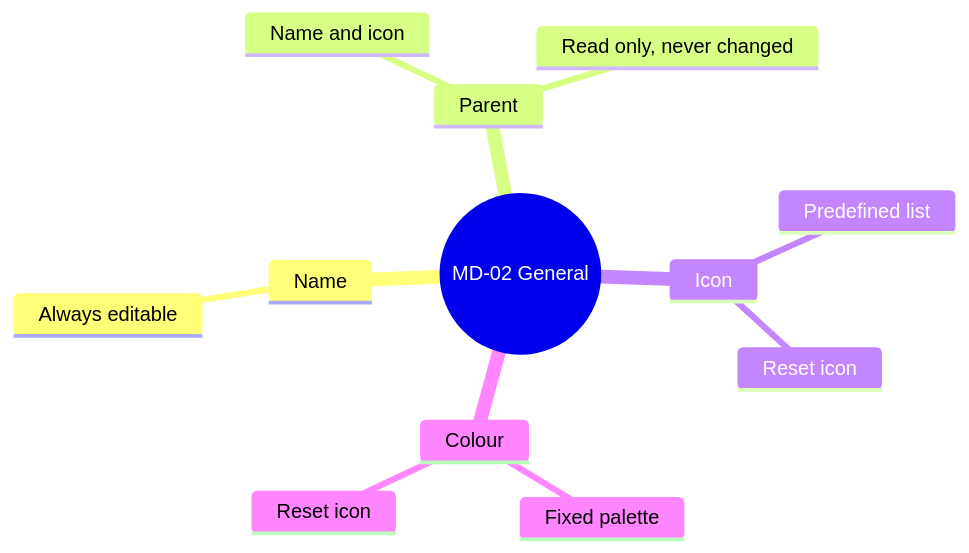
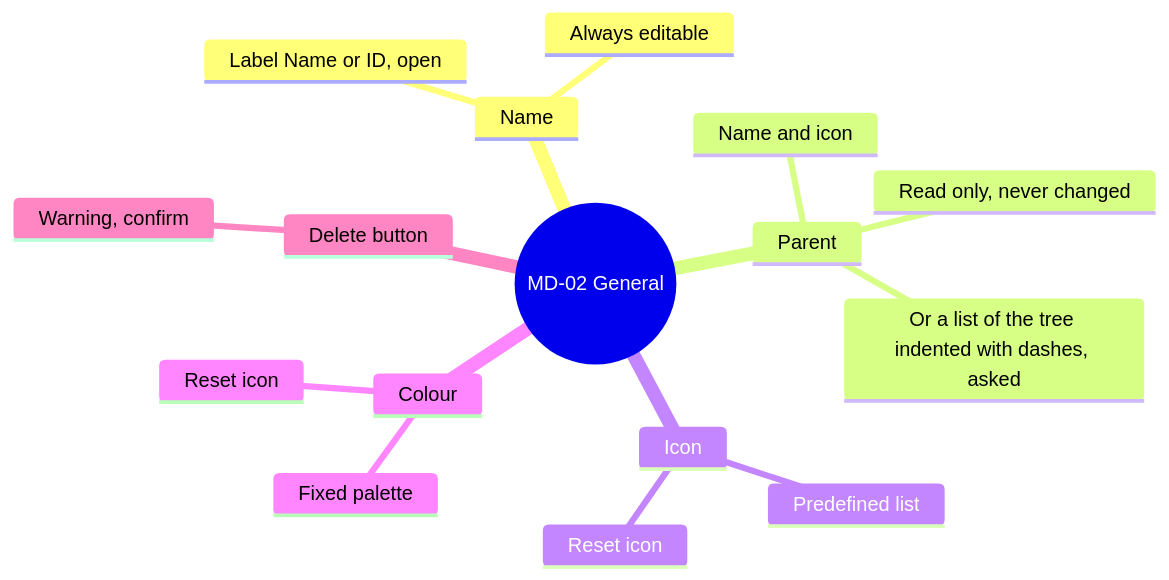
Before and after one commit to AlexandreGallais/synoptic-studio-spec: the third of 16 diagrams in screens/metadata.md, drawn with Mermaid. The commit also changed other lines of this file and 13 other files, not shown here.

````diff
--- a/screens/metadata.md
+++ b/screens/metadata.md
@@ -80,15 +85,19 @@
 ```mermaid
 mindmap
   root((MD-02 General))
     Name
       Always editable
+      Label Name or ID, open
     Parent
       Name and icon
       Read only, never changed
+      Or a list of the tree indented with dashes, asked
     Icon
       Predefined list
       Reset icon
     Colour
       Fixed palette
       Reset icon
+    Delete button
+      Warning, confirm
 ```
````
